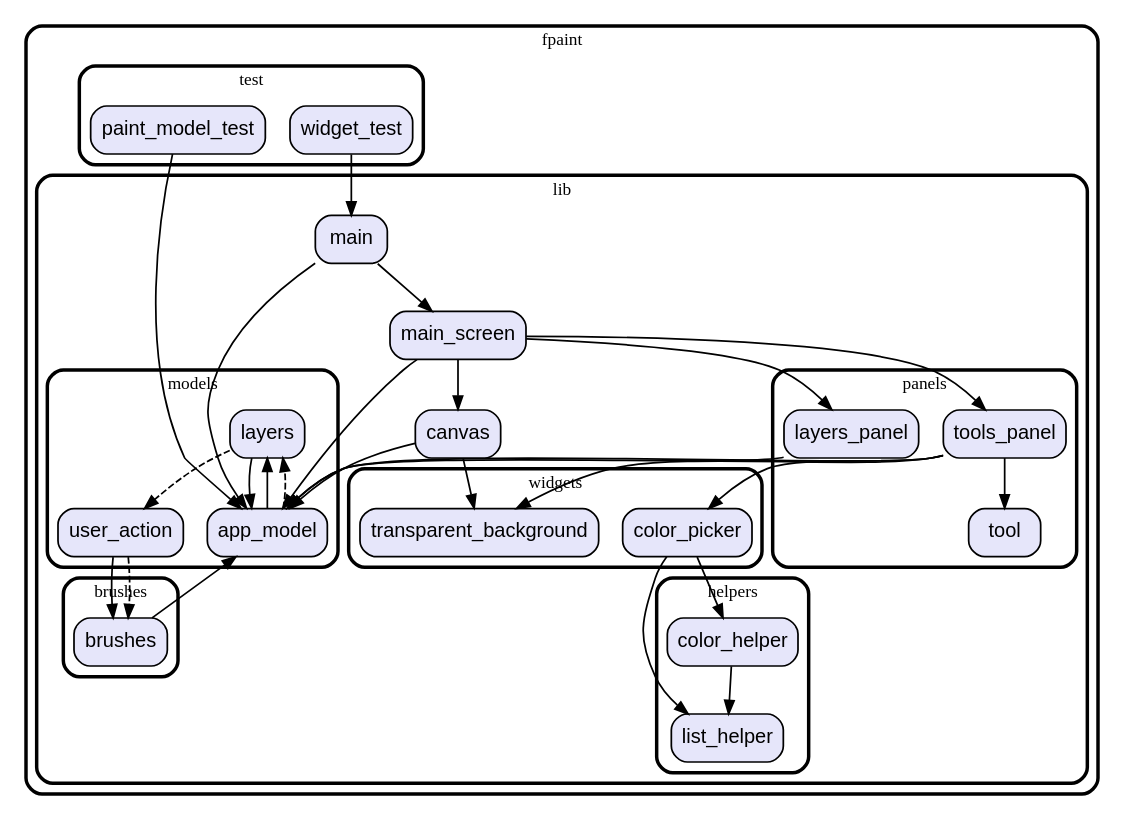
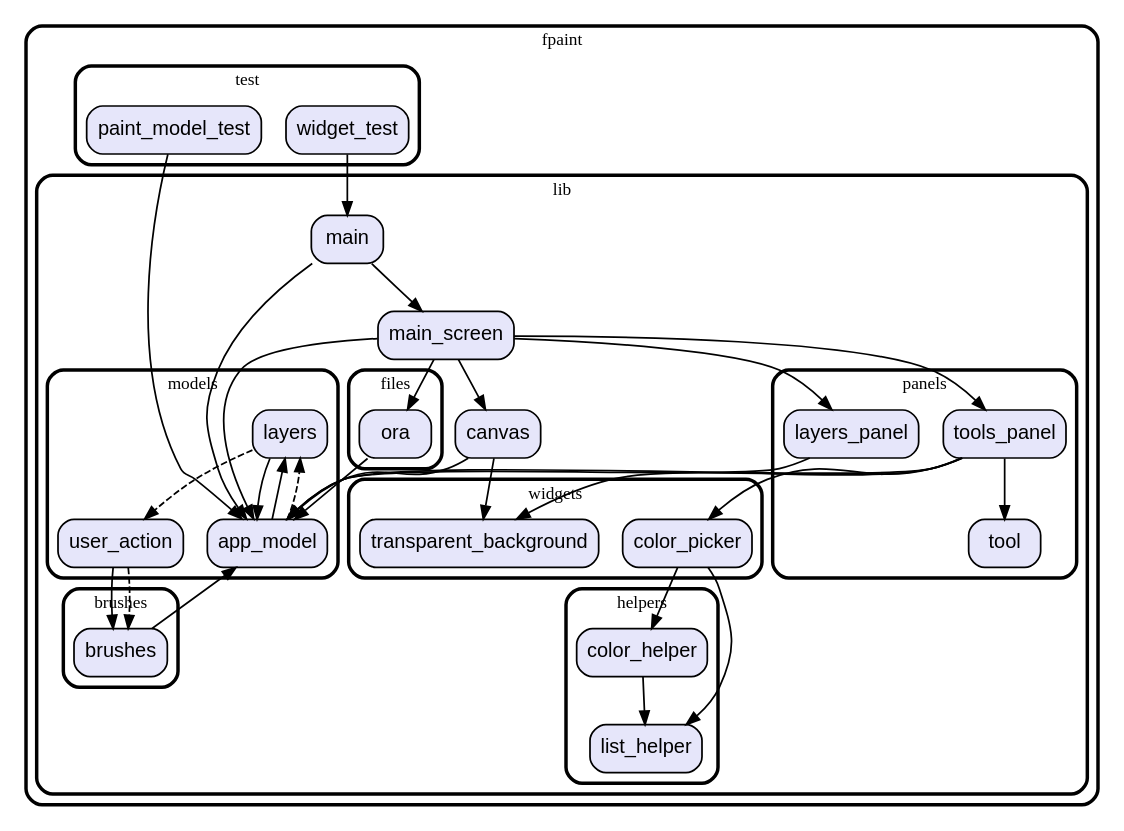
One commit to vteam-com/fPaint changed the diagram in graph.dot. Above: the diagram before and after it, drawn with Graphviz. The commit also changed 11 other files, not shown here.

```diff
--- a/graph.dot
+++ b/graph.dot
@@ -1,86 +1,93 @@
 digraph "" {
   graph [style=rounded fontname="Arial Black" fontsize=13 penwidth=2.6];
   node [shape=rect style="filled,rounded" fontname=Arial fontsize=15 fillcolor=Lavender penwidth=1.3];
   edge [penwidth=1.3];
   "/test/paint_model_test.dart" [label="paint_model_test"];
   "/test/widget_test.dart" [label="widget_test"];
   "/lib/brushes/brushes.dart" [label="brushes"];
   "/lib/panels/tools_panel.dart" [label="tools_panel"];
   "/lib/panels/layers_panel.dart" [label="layers_panel"];
   "/lib/panels/tool.dart" [label="tool"];
   "/lib/models/layers.dart" [label="layers"];
   "/lib/models/user_action.dart" [label="user_action"];
   "/lib/models/app_model.dart" [label="app_model"];
   "/lib/main.dart" [label="main"];
+  "/lib/files/ora.dart" [label="ora"];
   "/lib/canvas.dart" [label="canvas"];
   "/lib/main_screen.dart" [label="main_screen"];
   "/lib/helpers/list_helper.dart" [label="list_helper"];
   "/lib/helpers/color_helper.dart" [label="color_helper"];
   "/lib/widgets/transparent_background.dart" [label="transparent_background"];
   "/lib/widgets/color_picker.dart" [label="color_picker"];
   subgraph "cluster~" {
     label="fpaint";
     subgraph "cluster~/test" {
       label="test";
       "/test/paint_model_test.dart";
       "/test/widget_test.dart";
     }
     subgraph "cluster~/lib" {
       label="lib";
       "/lib/main.dart";
       "/lib/canvas.dart";
       "/lib/main_screen.dart";
       subgraph "cluster~/lib/brushes" {
         label="brushes";
         "/lib/brushes/brushes.dart";
       }
       subgraph "cluster~/lib/panels" {
         label="panels";
         "/lib/panels/tools_panel.dart";
         "/lib/panels/layers_panel.dart";
         "/lib/panels/tool.dart";
       }
       subgraph "cluster~/lib/models" {
         label="models";
         "/lib/models/layers.dart";
         "/lib/models/user_action.dart";
         "/lib/models/app_model.dart";
       }
+      subgraph "cluster~/lib/files" {
+        label="files";
+        "/lib/files/ora.dart";
+      }
       subgraph "cluster~/lib/helpers" {
         label="helpers";
         "/lib/helpers/list_helper.dart";
         "/lib/helpers/color_helper.dart";
       }
       subgraph "cluster~/lib/widgets" {
         label="widgets";
         "/lib/widgets/transparent_background.dart";
         "/lib/widgets/color_picker.dart";
       }
     }
   }
   "/test/paint_model_test.dart" -> "/lib/models/app_model.dart";
   "/test/widget_test.dart" -> "/lib/main.dart";
   "/lib/brushes/brushes.dart" -> "/lib/models/app_model.dart";
   "/lib/panels/tools_panel.dart" -> "/lib/models/app_model.dart";
   "/lib/panels/tools_panel.dart" -> "/lib/panels/tool.dart";
   "/lib/panels/tools_panel.dart" -> "/lib/widgets/color_picker.dart";
   "/lib/panels/tools_panel.dart" -> "/lib/widgets/transparent_background.dart";
   "/lib/panels/layers_panel.dart" -> "/lib/models/app_model.dart";
   "/lib/models/layers.dart" -> "/lib/models/app_model.dart";
   "/lib/models/layers.dart" -> "/lib/models/user_action.dart" [style=dashed];
   "/lib/models/user_action.dart" -> "/lib/brushes/brushes.dart";
   "/lib/models/user_action.dart" -> "/lib/brushes/brushes.dart" [style=dashed];
   "/lib/models/app_model.dart" -> "/lib/models/layers.dart";
   "/lib/models/app_model.dart" -> "/lib/models/layers.dart" [style=dashed];
   "/lib/main.dart" -> "/lib/main_screen.dart";
   "/lib/main.dart" -> "/lib/models/app_model.dart";
+  "/lib/files/ora.dart" -> "/lib/models/app_model.dart";
   "/lib/canvas.dart" -> "/lib/widgets/transparent_background.dart";
   "/lib/canvas.dart" -> "/lib/models/app_model.dart";
   "/lib/main_screen.dart" -> "/lib/canvas.dart";
+  "/lib/main_screen.dart" -> "/lib/files/ora.dart";
   "/lib/main_screen.dart" -> "/lib/panels/layers_panel.dart";
   "/lib/main_screen.dart" -> "/lib/panels/tools_panel.dart";
   "/lib/main_screen.dart" -> "/lib/models/app_model.dart";
   "/lib/helpers/color_helper.dart" -> "/lib/helpers/list_helper.dart";
   "/lib/widgets/color_picker.dart" -> "/lib/helpers/color_helper.dart";
   "/lib/widgets/color_picker.dart" -> "/lib/helpers/list_helper.dart";
 }
```
